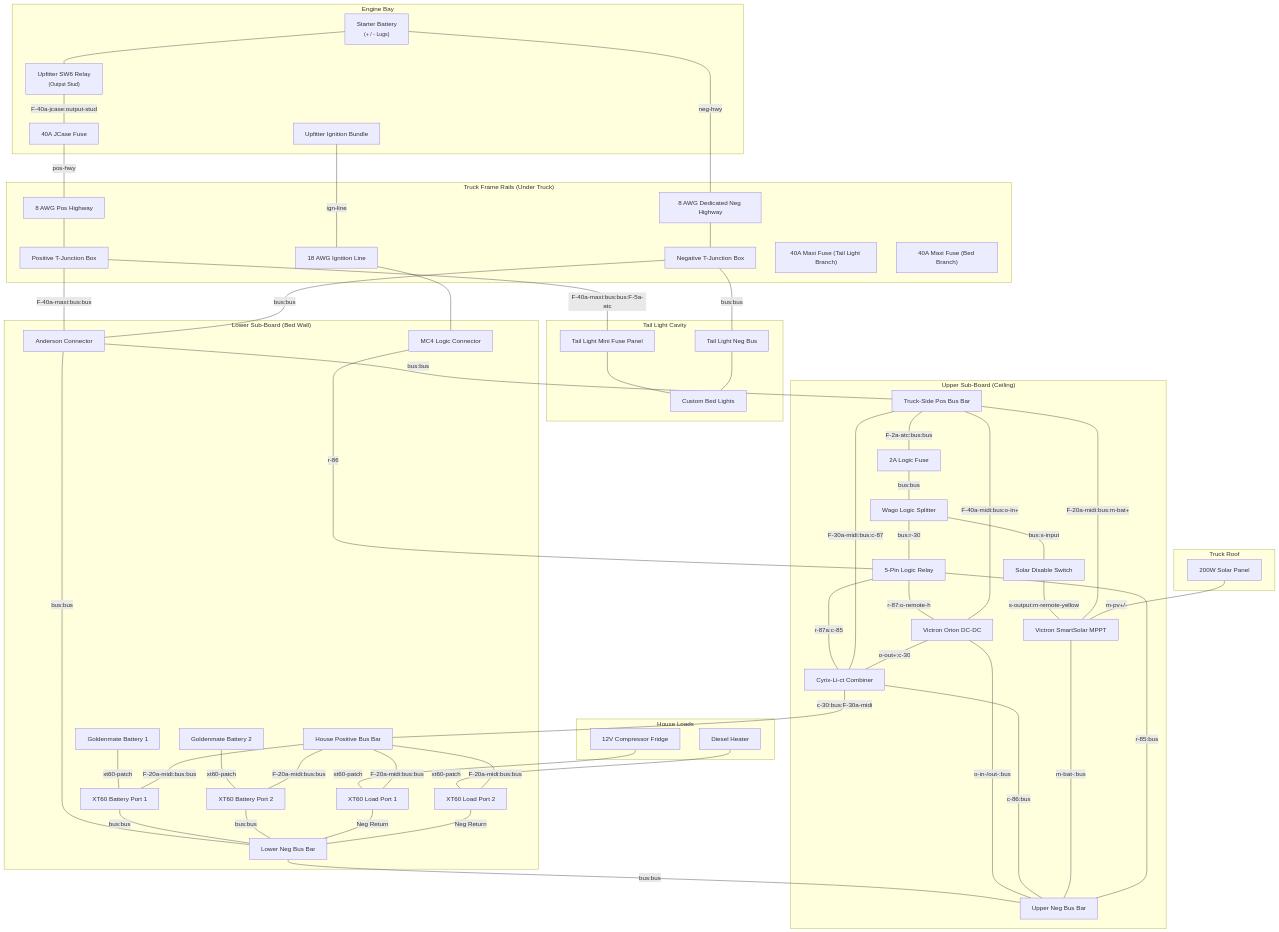
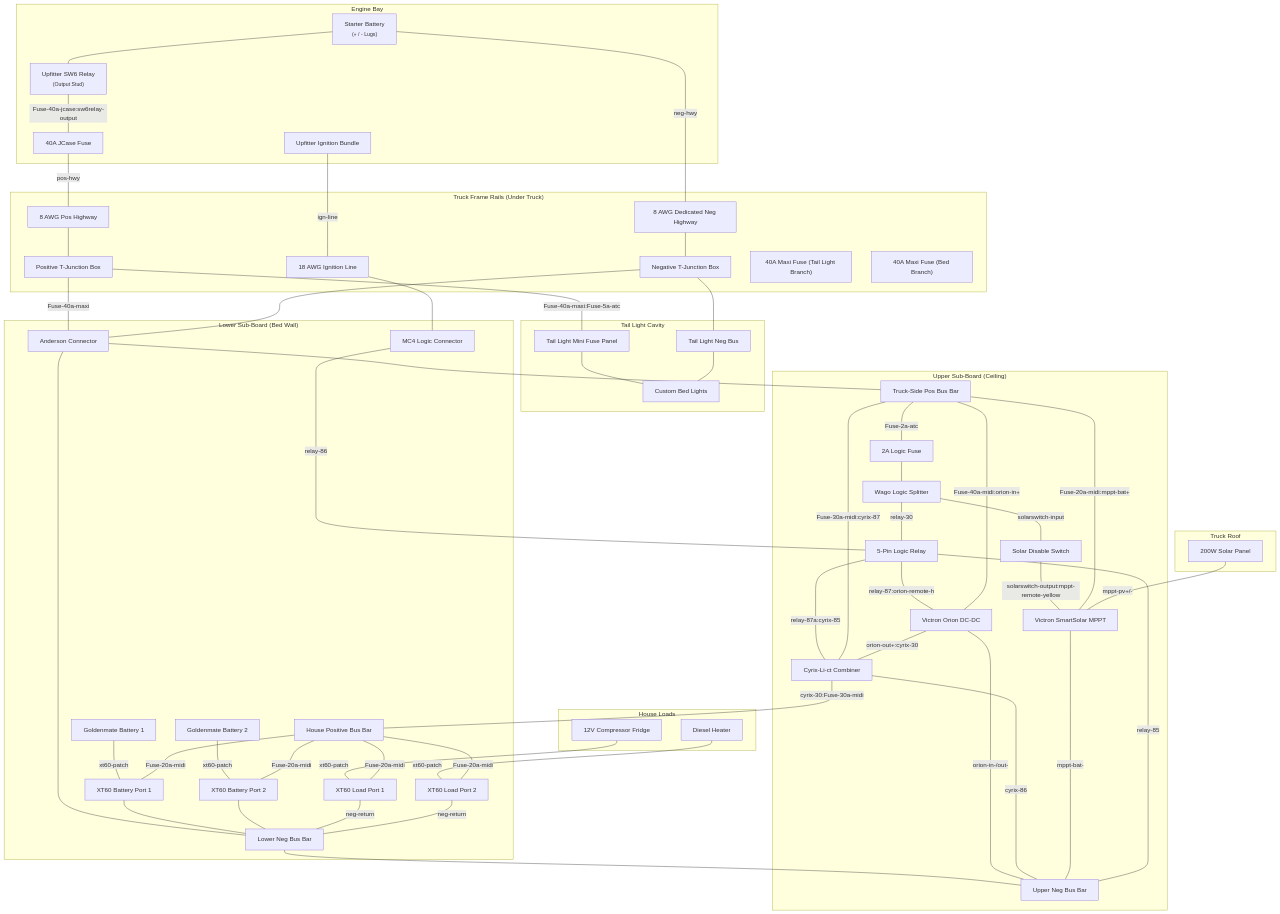
Before and after one commit to chrisjohnson/truck-micro-grid: the diagram in master_design_spec.md, drawn with Mermaid.

Commit message:
docs: finalize mermaid diagram with descriptive component names and simplified fuse labels

````diff
--- a/master_design_spec.md
+++ b/master_design_spec.md
@@ -126,54 +126,54 @@
 
     %% Connections with precise terminal labels
     StarterBat --- SW6Relay
-    SW6Relay ---|F-40a-jcase:output-stud| JCase40
+    SW6Relay ---|Fuse-40a-jcase:sw6relay-output| JCase40
     JCase40 ---|pos-hwy| PosHighway
     StarterBat ---|neg-hwy| NegHighway
     IgnitionSrc ---|ign-line| IgnitionHighway
 
     PosHighway --- PosTJunction
-    PosTJunction ---|F-40a-maxi:bus:bus:F-5a-atc| TailLightFuse --- BedLights
-    PosTJunction ---|F-40a-maxi:bus:bus| Anderson
+    PosTJunction ---|Fuse-40a-maxi:Fuse-5a-atc| TailLightFuse --- BedLights
+    PosTJunction ---|Fuse-40a-maxi| Anderson
 
     NegHighway --- NegTJunction
-    NegTJunction ---|bus:bus| TailLightNeg --- BedLights
-    NegTJunction ---|bus:bus| Anderson
+    NegTJunction --- TailLightNeg --- BedLights
+    NegTJunction --- Anderson
 
-    Anderson ---|bus:bus| TruckPosBus
-    Anderson ---|bus:bus| HouseNegBus
-    HouseNegBus ---|bus:bus| UpperNegBus
+    Anderson --- TruckPosBus
+    Anderson --- HouseNegBus
+    HouseNegBus --- UpperNegBus
     IgnitionHighway --- MC4
 
-    MC4 ---|r-86| Relay
-    TruckPosBus ---|F-2a-atc:bus:bus| LogicFuse
-    LogicFuse ---|bus:bus| Wago
+    MC4 ---|relay-86| Relay
+    TruckPosBus ---|Fuse-2a-atc| LogicFuse
+    LogicFuse --- Wago
 
-    Wago ---|bus:r-30| Relay
-    Wago ---|bus:s-input| SolarSwitch
-    SolarSwitch ---|s-output:m-remote-yellow| MPPT
+    Wago ---|relay-30| Relay
+    Wago ---|solarswitch-input| SolarSwitch
+    SolarSwitch ---|solarswitch-output:mppt-remote-yellow| MPPT
 
-    Relay ---|r-87a:c-85| Cyrix
-    Relay ---|r-87:o-remote-h| Orion
+    Relay ---|relay-87a:cyrix-85| Cyrix
+    Relay ---|relay-87:orion-remote-h| Orion
 
-    TruckPosBus ---|F-40a-midi:bus:o-in+| Orion
-    TruckPosBus ---|F-30a-midi:bus:c-87| Cyrix
-    TruckPosBus ---|F-20a-midi:bus:m-bat+| MPPT
-    SolarPanel ---|m-pv+/-| MPPT
+    TruckPosBus ---|Fuse-40a-midi:orion-in+| Orion
+    TruckPosBus ---|Fuse-30a-midi:cyrix-87| Cyrix
+    TruckPosBus ---|Fuse-20a-midi:mppt-bat+| MPPT
+    SolarPanel ---|mppt-pv+/-| MPPT
 
-    Orion ---|o-out+:c-30| Cyrix
-    Cyrix ---|c-30:bus:F-30a-midi| HousePosBus
+    Orion ---|orion-out+:cyrix-30| Cyrix
+    Cyrix ---|cyrix-30:Fuse-30a-midi| HousePosBus
 
     %% Negative Returns - Upper Board
-    Orion ---|o-in-/out-:bus| UpperNegBus
-    Cyrix ---|c-86:bus| UpperNegBus
-    MPPT ---|m-bat-:bus| UpperNegBus
-    Relay ---|r-85:bus| UpperNegBus
+    Orion ---|orion-in-/out-| UpperNegBus
+    Cyrix ---|cyrix-86| UpperNegBus
+    MPPT ---|mppt-bat-| UpperNegBus
+    Relay ---|relay-85| UpperNegBus
 
     %% Lower Board Bus Connections
-    XT60_Bat1 ---|bus:bus| HouseNegBus
-    XT60_Bat2 ---|bus:bus| HouseNegBus
-    XT60_Load1 ---|Neg Return| HouseNegBus
-    XT60_Load2 ---|Neg Return| HouseNegBus
+    XT60_Bat1 --- HouseNegBus
+    XT60_Bat2 --- HouseNegBus
+    XT60_Load1 ---|neg-return| HouseNegBus
+    XT60_Load2 ---|neg-return| HouseNegBus
 
     %% Battery and Load Patch Connections
     HouseBat1 ---|xt60-patch| XT60_Bat1
@@ -181,8 +181,8 @@
     Fridge ---|xt60-patch| XT60_Load1
     DieselHeater ---|xt60-patch| XT60_Load2
 
-    HousePosBus ---|F-20a-midi:bus:bus| XT60_Bat1
-    HousePosBus ---|F-20a-midi:bus:bus| XT60_Bat2
-    HousePosBus ---|F-20a-midi:bus:bus| XT60_Load1
-    HousePosBus ---|F-20a-midi:bus:bus| XT60_Load2
+    HousePosBus ---|Fuse-20a-midi| XT60_Bat1
+    HousePosBus ---|Fuse-20a-midi| XT60_Bat2
+    HousePosBus ---|Fuse-20a-midi| XT60_Load1
+    HousePosBus ---|Fuse-20a-midi| XT60_Load2
 ```
````
